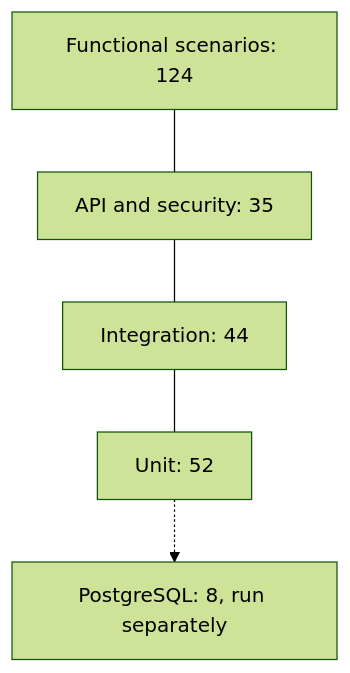
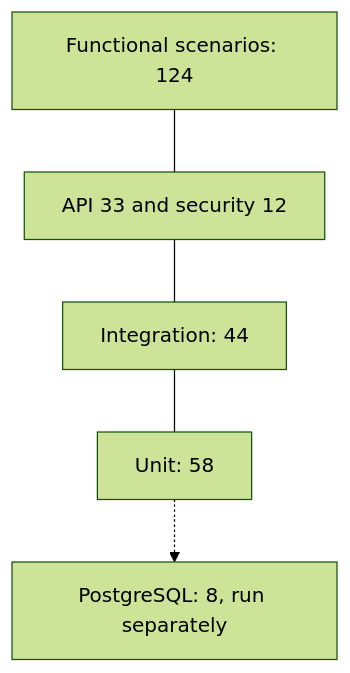
Before and after one commit to IortaTexhNXT-DEV/TASCO: the second of 3 diagrams in tools/docs-source/docs/quality/test-strategy.md, drawn with Mermaid (forest theme). The commit also changed other lines of this file and 101 other files, not shown here.

First line of the commit message:
Voice script: link goes to TASCO Insurance's Zalo OA; vendored Mermaid for doc builds; review edits to business, quality and delivery documents

````diff
--- a/tools/docs-source/docs/quality/test-strategy.md
+++ b/tools/docs-source/docs/quality/test-strategy.md
@@ -269,11 +274,11 @@
 ```mermaid
 %% caption: Automated test layers and their test counts in the 8 October 2026 run
 flowchart TB
   F["Functional scenarios: 124"]
-  S["API and security: 35"]
+  S["API 33 and security 12"]
   I["Integration: 44"]
-  U["Unit: 52"]
+  U["Unit: 58"]
   P["PostgreSQL: 8, run separately"]
   F --- S --- I --- U
   U -.-> P
 ```
````
